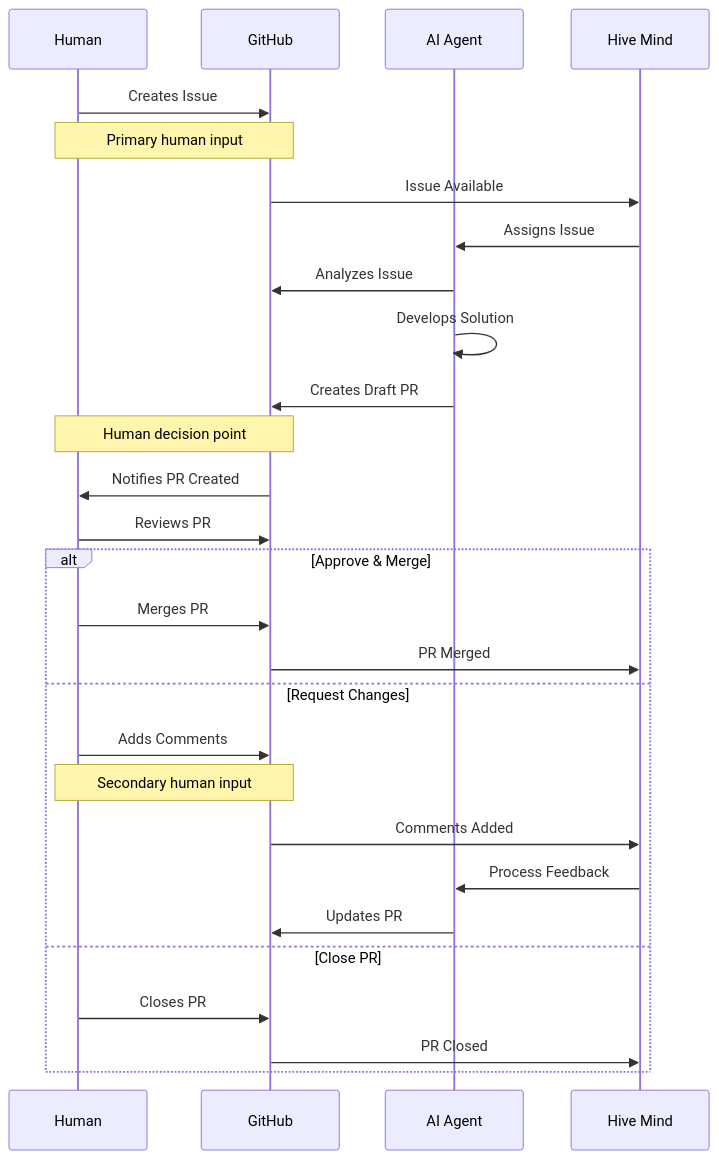
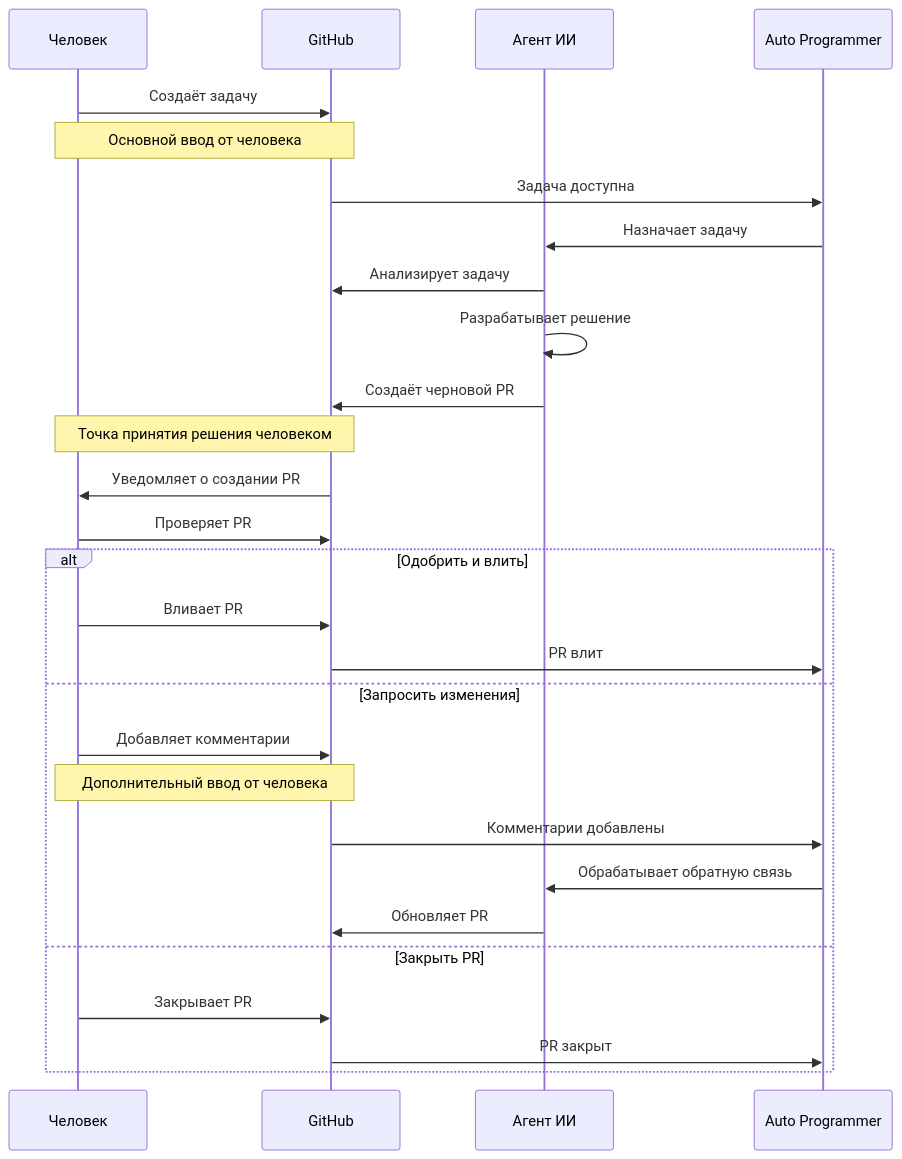
The first of 2 diagrams in README.md (PeterMotorniy/auto-programmer), drawn with Mermaid before and after one commit. The commit also changed other lines of this file and 3556 other files, not shown here.

````diff
--- a/README.md
+++ b/README.md
@@ -654,34 +621,34 @@
 ```mermaid
 sequenceDiagram
-    participant H as Human
+    participant H as Человек
     participant GH as GitHub
-    participant AI as AI Agent
-    participant HM as Hive Mind
+    participant AI as Агент ИИ
+    participant HM as Auto Programmer
 
-    H->>GH: Creates Issue
-    Note over H,GH: Primary human input
+    H->>GH: Создаёт задачу
+    Note over H,GH: Основной ввод от человека
 
-    GH->>HM: Issue Available
-    HM->>AI: Assigns Issue
-    AI->>GH: Analyzes Issue
-    AI->>AI: Develops Solution
-    AI->>GH: Creates Draft PR
+    GH->>HM: Задача доступна
+    HM->>AI: Назначает задачу
+    AI->>GH: Анализирует задачу
+    AI->>AI: Разрабатывает решение
+    AI->>GH: Создаёт черновой PR
 
-    Note over H,GH: Human decision point
-    GH->>H: Notifies PR Created
-    H->>GH: Reviews PR
+    Note over H,GH: Точка принятия решения человеком
+    GH->>H: Уведомляет о создании PR
+    H->>GH: Проверяет PR
 
-    alt Approve & Merge
-        H->>GH: Merges PR
-        GH->>HM: PR Merged
-    else Request Changes
-        H->>GH: Adds Comments
-        Note over H,GH: Secondary human input
-        GH->>HM: Comments Added
-        HM->>AI: Process Feedback
-        AI->>GH: Updates PR
-    else Close PR
-        H->>GH: Closes PR
-        GH->>HM: PR Closed
+    alt Одобрить и влить
+        H->>GH: Вливает PR
+        GH->>HM: PR влит
+    else Запросить изменения
+        H->>GH: Добавляет комментарии
+        Note over H,GH: Дополнительный ввод от человека
+        GH->>HM: Комментарии добавлены
+        HM->>AI: Обрабатывает обратную связь
+        AI->>GH: Обновляет PR
+    else Закрыть PR
+        H->>GH: Закрывает PR
+        GH->>HM: PR закрыт
     end
 ```
````
